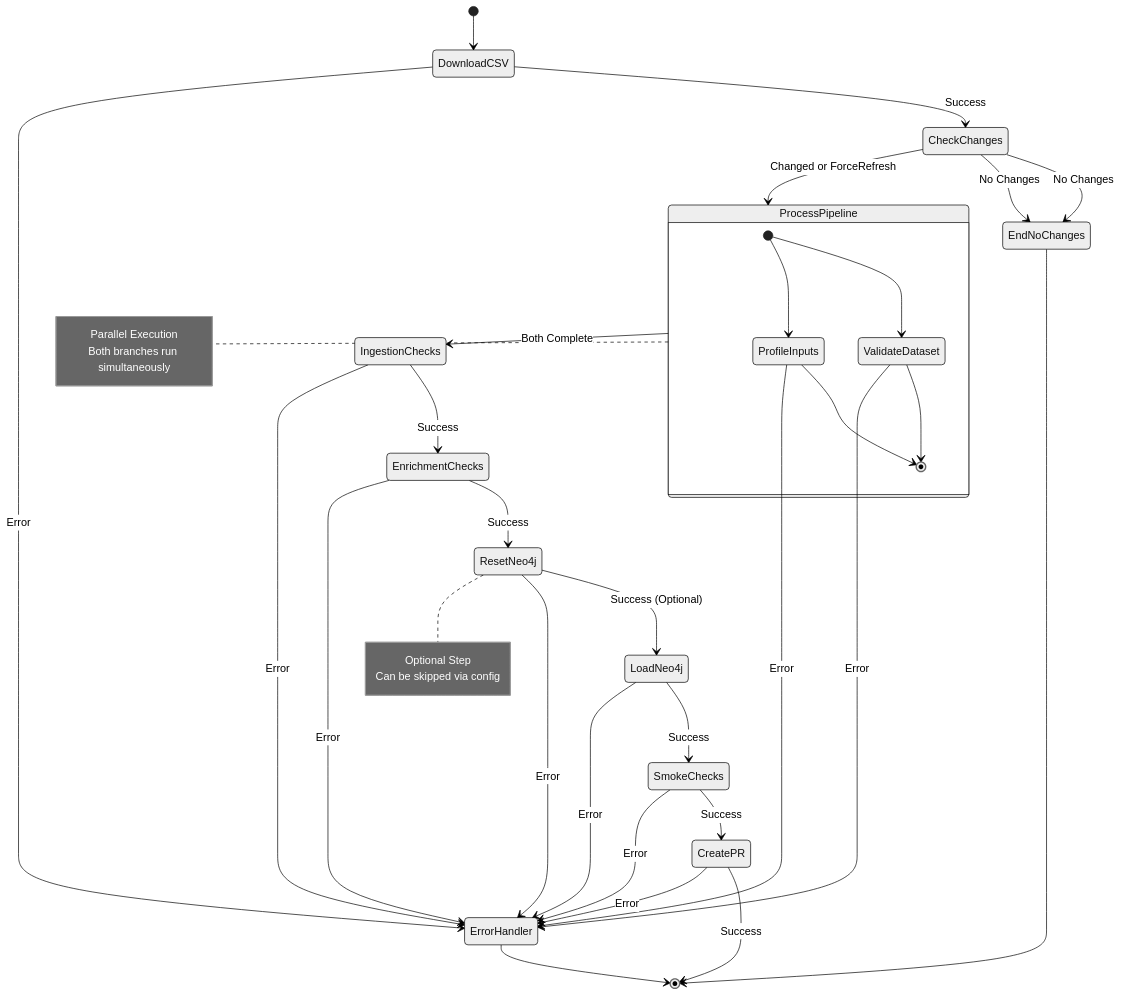
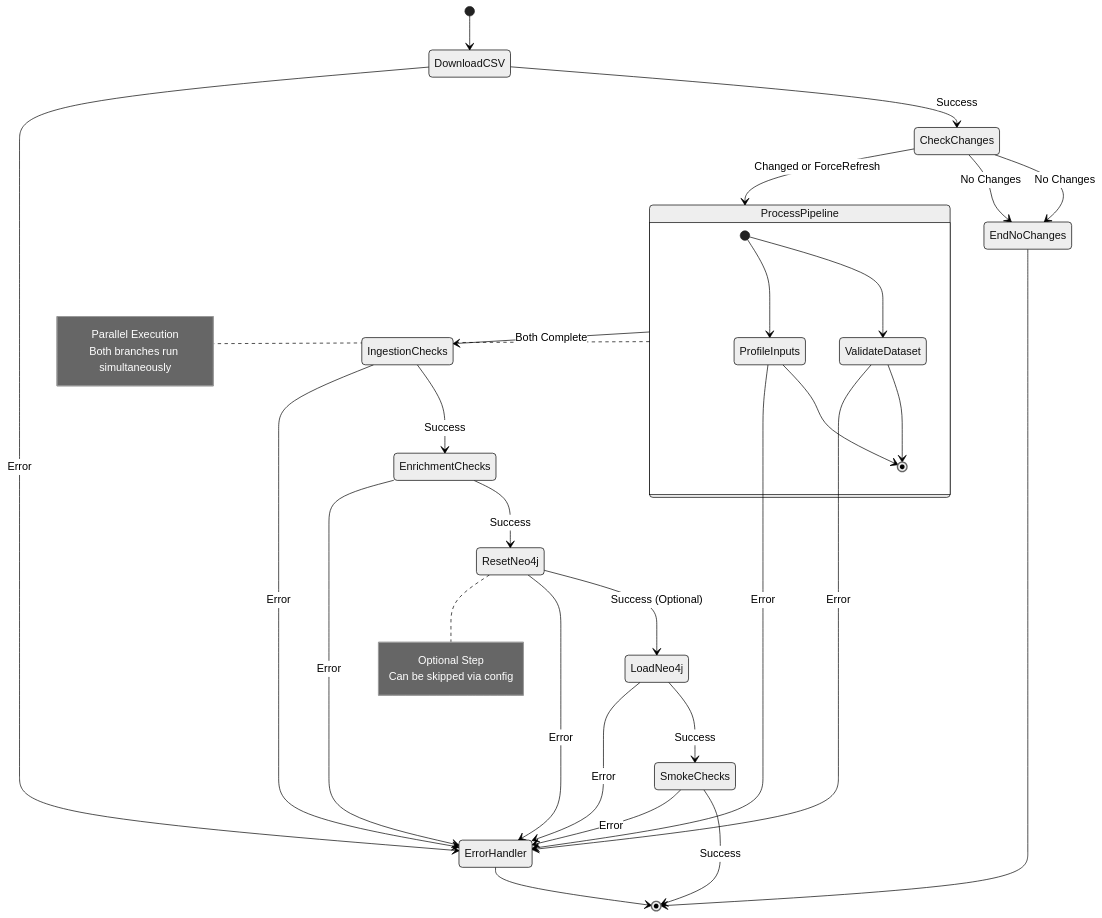
The second of 5 diagrams in docs/deployment/aws-architecture-diagrams.md (hollomancer/sbir-analytics), drawn with Mermaid (neutral theme) before and after one commit. The commit also changed other lines of this file and 9 other files, not shown here.

````diff
--- a/docs/deployment/aws-architecture-diagrams.md
+++ b/docs/deployment/aws-architecture-diagrams.md
@@ -86,49 +79,47 @@
 ```mermaid
 stateDiagram-v2
     [*] --> DownloadCSV
     
     DownloadCSV --> CheckChanges: Success
     
     CheckChanges --> ProcessPipeline: Changed or ForceRefresh
     CheckChanges --> EndNoChanges: No Changes
     
     state ProcessPipeline {
         [*] --> ValidateDataset
         [*] --> ProfileInputs
         ValidateDataset --> [*]
         ProfileInputs --> [*]
     }
     
     ProcessPipeline --> IngestionChecks: Both Complete
     IngestionChecks --> EnrichmentChecks: Success
     EnrichmentChecks --> ResetNeo4j: Success
     ResetNeo4j --> LoadNeo4j: Success (Optional)
     LoadNeo4j --> SmokeChecks: Success
-    SmokeChecks --> CreatePR: Success
-    CreatePR --> [*]: Success
+    SmokeChecks --> [*]: Success
     
     CheckChanges --> EndNoChanges: No Changes
     EndNoChanges --> [*]
     
     DownloadCSV --> ErrorHandler: Error
     ValidateDataset --> ErrorHandler: Error
     ProfileInputs --> ErrorHandler: Error
     IngestionChecks --> ErrorHandler: Error
     EnrichmentChecks --> ErrorHandler: Error
     ResetNeo4j --> ErrorHandler: Error
     LoadNeo4j --> ErrorHandler: Error
     SmokeChecks --> ErrorHandler: Error
-    CreatePR --> ErrorHandler: Error
     
     ErrorHandler --> [*]
     
     note right of ProcessPipeline
         Parallel Execution
         Both branches run simultaneously
     end note
     
     note right of ResetNeo4j
         Optional Step
         Can be skipped via config
     end note
 ```
````
